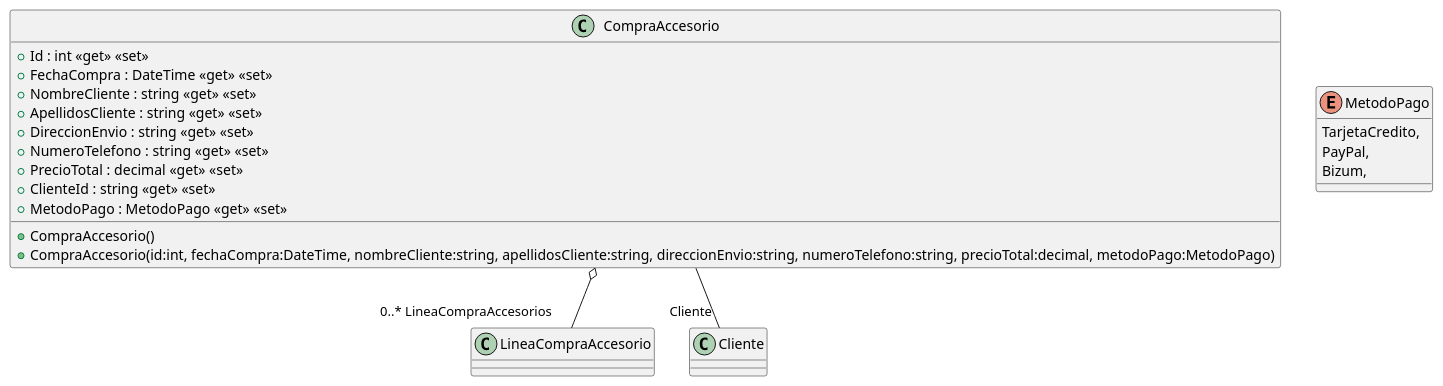
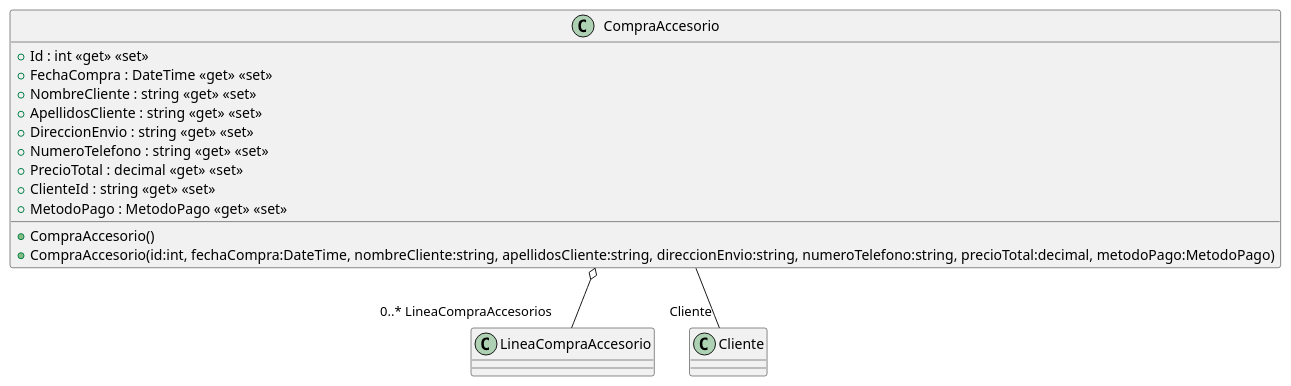
Before and after one commit to ISIIA2627DAKOI9SE/ISIIA2627DAKOI9SE: the diagram in src/AppForSEII.API/ClassDiagram/CompraAccesorio.puml, drawn with PlantUML. The commit also changed 2 other files, not shown here.

Commit message:
feat(usuario): Creo el diagrama del caso de uso

```diff
--- a/src/AppForSEII.API/ClassDiagram/CompraAccesorio.puml
+++ b/src/AppForSEII.API/ClassDiagram/CompraAccesorio.puml
@@ -1,23 +1,18 @@
 @startuml
 class CompraAccesorio {
     + CompraAccesorio()
     + CompraAccesorio(id:int, fechaCompra:DateTime, nombreCliente:string, apellidosCliente:string, direccionEnvio:string, numeroTelefono:string, precioTotal:decimal, metodoPago:MetodoPago)
     + Id : int <<get>> <<set>>
     + FechaCompra : DateTime <<get>> <<set>>
     + NombreCliente : string <<get>> <<set>>
     + ApellidosCliente : string <<get>> <<set>>
     + DireccionEnvio : string <<get>> <<set>>
     + NumeroTelefono : string <<get>> <<set>>
     + PrecioTotal : decimal <<get>> <<set>>
     + ClienteId : string <<get>> <<set>>
     + MetodoPago : MetodoPago <<get>> <<set>>
 }
-enum MetodoPago {
-    TarjetaCredito,
-    PayPal,
-    Bizum,
-}
 
 CompraAccesorio o-- "0..* LineaCompraAccesorios" "LineaCompraAccesorio"
 CompraAccesorio -- "Cliente" Cliente
 @enduml
```
